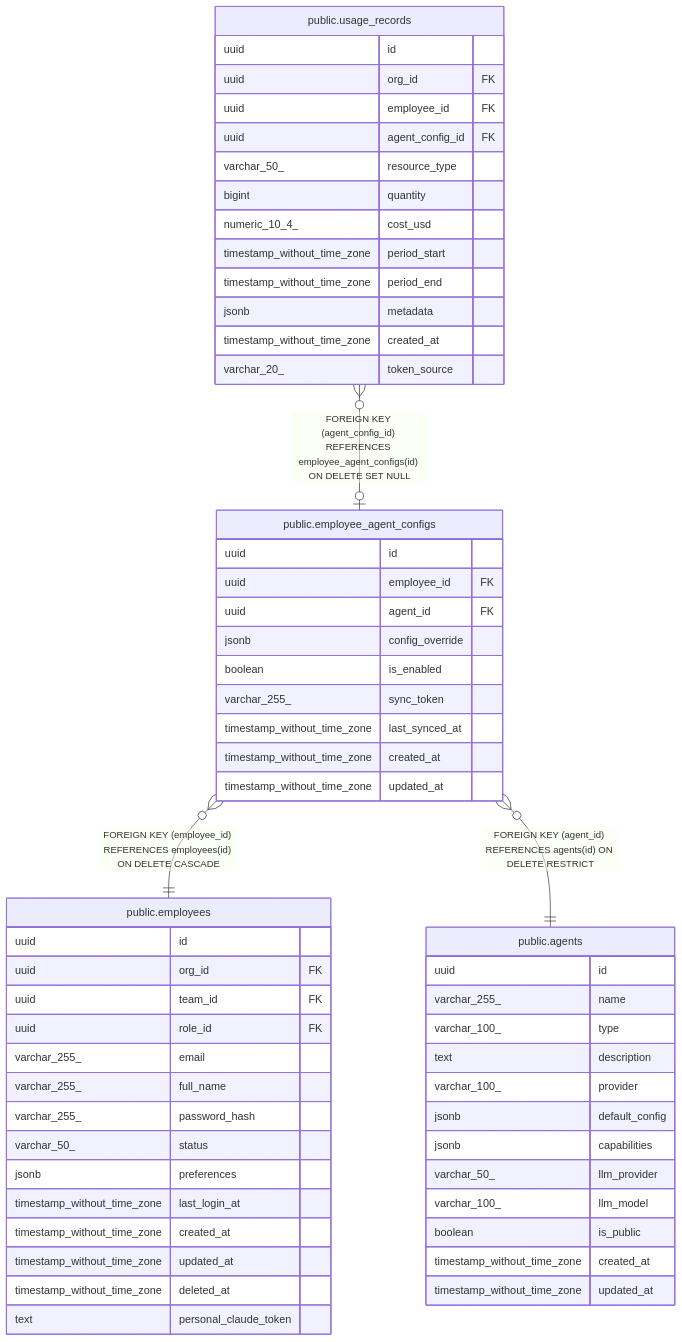
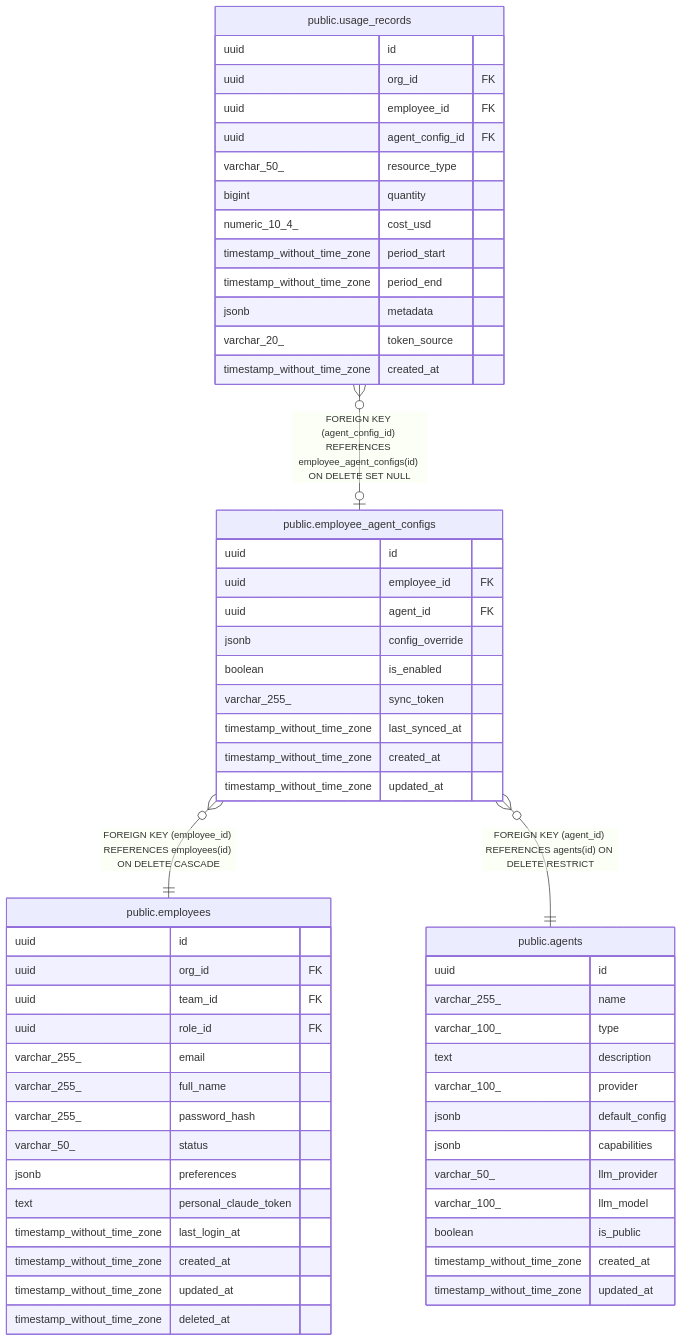
One commit to rastrigin-systems/arfa changed the diagram in docs/public.employee_agent_configs.md. Above: the diagram before and after it, drawn with Mermaid. The commit also changed other lines of this file and 57 other files, not shown here.

````diff
--- a/docs/public.employee_agent_configs.md
+++ b/docs/public.employee_agent_configs.md
@@ -50,63 +50,63 @@
 ```mermaid
 erDiagram
 
 "public.usage_records" }o--o| "public.employee_agent_configs" : "FOREIGN KEY (agent_config_id) REFERENCES employee_agent_configs(id) ON DELETE SET NULL"
 "public.employee_agent_configs" }o--|| "public.employees" : "FOREIGN KEY (employee_id) REFERENCES employees(id) ON DELETE CASCADE"
 "public.employee_agent_configs" }o--|| "public.agents" : "FOREIGN KEY (agent_id) REFERENCES agents(id) ON DELETE RESTRICT"
 
 "public.employee_agent_configs" {
   uuid id
   uuid employee_id FK
   uuid agent_id FK
   jsonb config_override
   boolean is_enabled
   varchar_255_ sync_token
   timestamp_without_time_zone last_synced_at
   timestamp_without_time_zone created_at
   timestamp_without_time_zone updated_at
 }
 "public.usage_records" {
   uuid id
   uuid org_id FK
   uuid employee_id FK
   uuid agent_config_id FK
   varchar_50_ resource_type
   bigint quantity
   numeric_10_4_ cost_usd
   timestamp_without_time_zone period_start
   timestamp_without_time_zone period_end
   jsonb metadata
+  varchar_20_ token_source
   timestamp_without_time_zone created_at
-  varchar_20_ token_source
 }
 "public.employees" {
   uuid id
   uuid org_id FK
   uuid team_id FK
   uuid role_id FK
   varchar_255_ email
   varchar_255_ full_name
   varchar_255_ password_hash
   varchar_50_ status
   jsonb preferences
+  text personal_claude_token
   timestamp_without_time_zone last_login_at
   timestamp_without_time_zone created_at
   timestamp_without_time_zone updated_at
   timestamp_without_time_zone deleted_at
-  text personal_claude_token
 }
 "public.agents" {
   uuid id
   varchar_255_ name
   varchar_100_ type
   text description
   varchar_100_ provider
   jsonb default_config
   jsonb capabilities
   varchar_50_ llm_provider
   varchar_100_ llm_model
   boolean is_public
   timestamp_without_time_zone created_at
   timestamp_without_time_zone updated_at
 }
 ```
````
